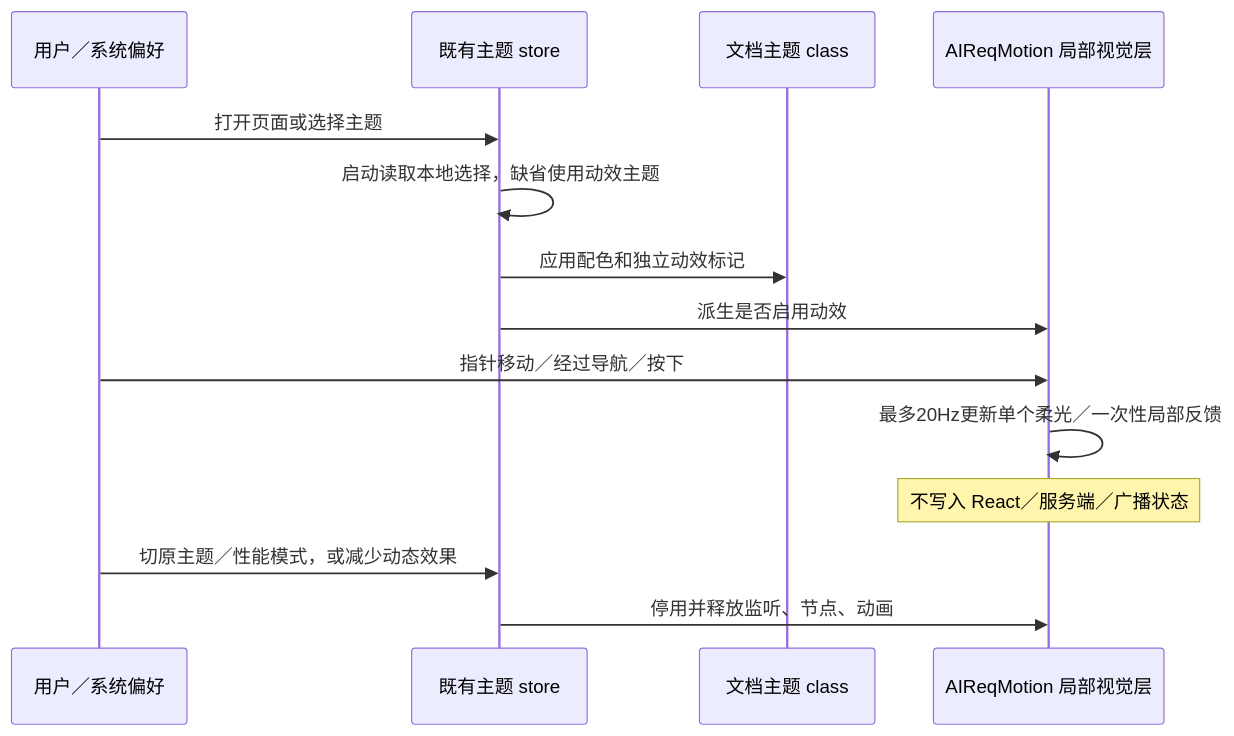
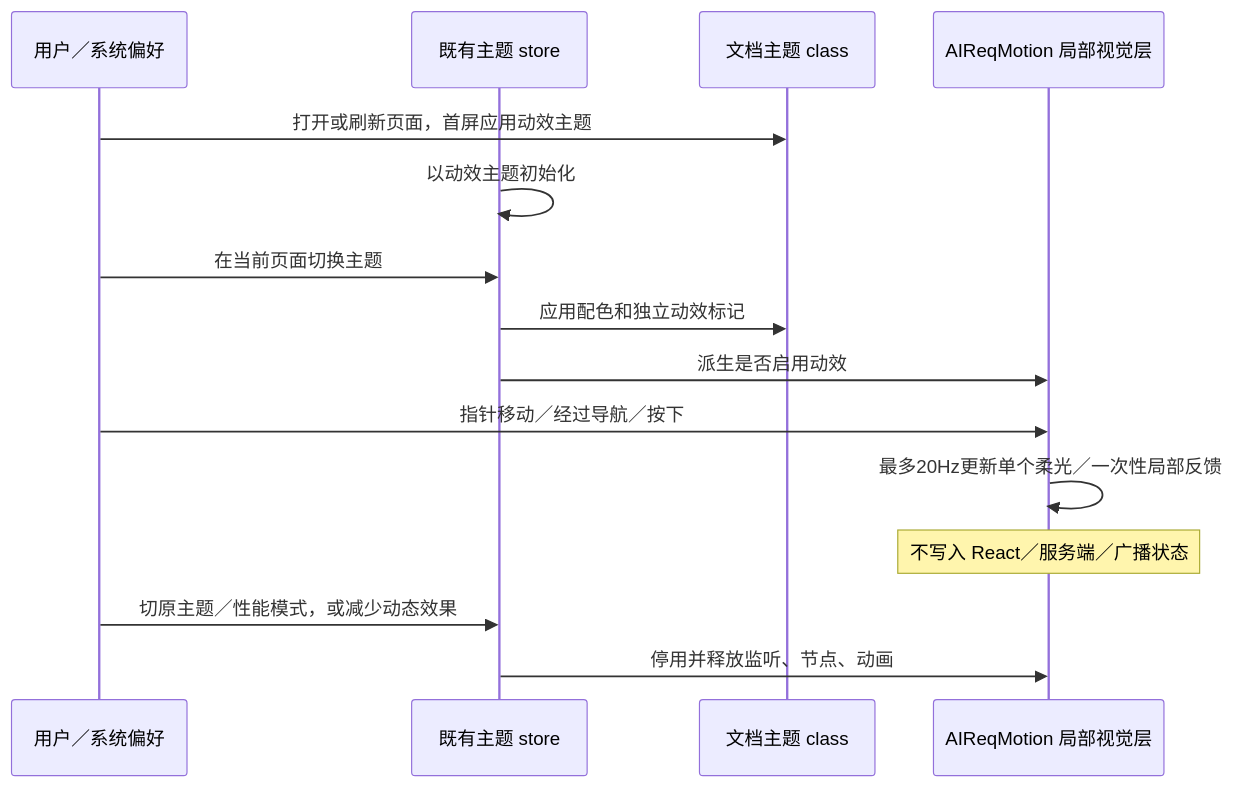
Before and after one commit to jchanghong023/ZCode: the diagram in DESIGN.md, drawn with Mermaid. The commit also changed other lines of this file and 79 other files, not shown here.

````diff
--- a/DESIGN.md
+++ b/DESIGN.md
@@ -109,16 +109,17 @@
 ```mermaid
 sequenceDiagram
   participant U as 用户／系统偏好
   participant S as 既有主题 store
   participant D as 文档主题 class
   participant M as AIReqMotion 局部视觉层
-  U->>S: 打开页面或选择主题
-  S->>S: 启动读取本地选择，缺省使用动效主题
+  U->>D: 打开或刷新页面，首屏应用动效主题
+  S->>S: 以动效主题初始化
+  U->>S: 在当前页面切换主题
   S->>D: 应用配色和独立动效标记
   S->>M: 派生是否启用动效
   U->>M: 指针移动／经过导航／按下
   M->>M: 最多20Hz更新单个柔光／一次性局部反馈
   Note over M: 不写入 React／服务端／广播状态
   U->>S: 切原主题／性能模式，或减少动态效果
   S->>M: 停用并释放监听、节点、动画
 ```
````
